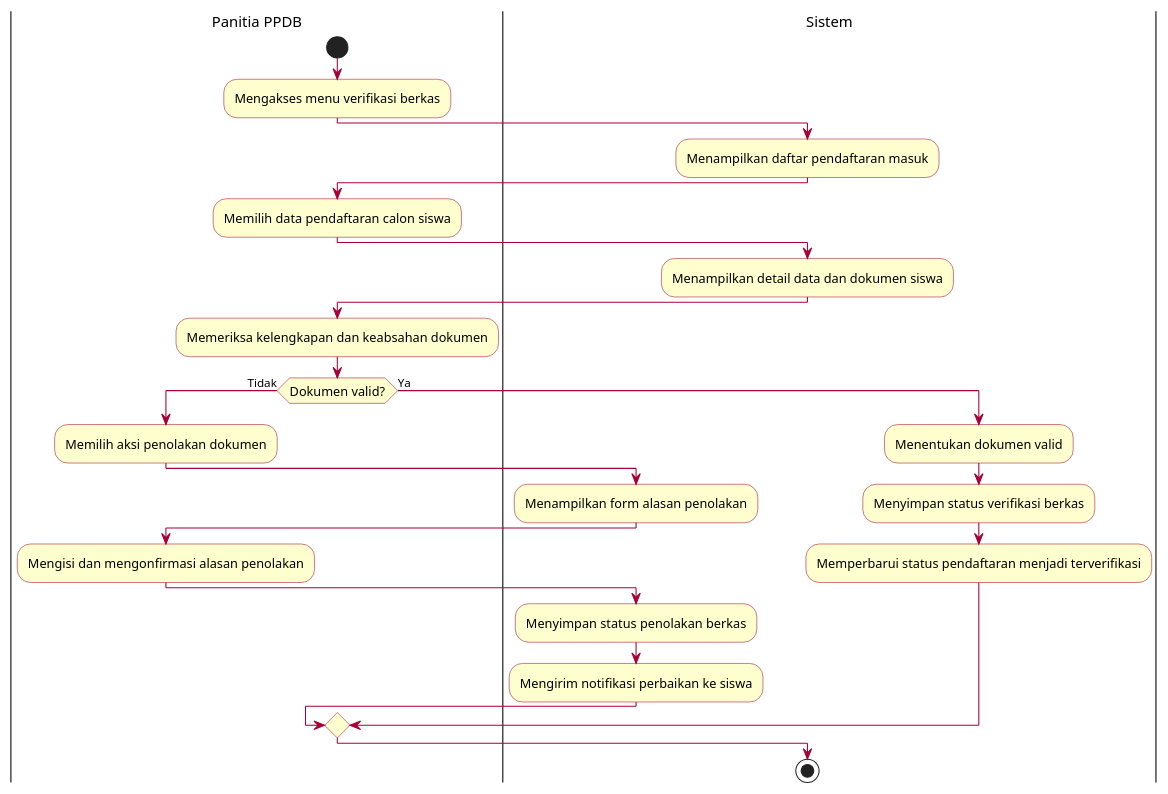
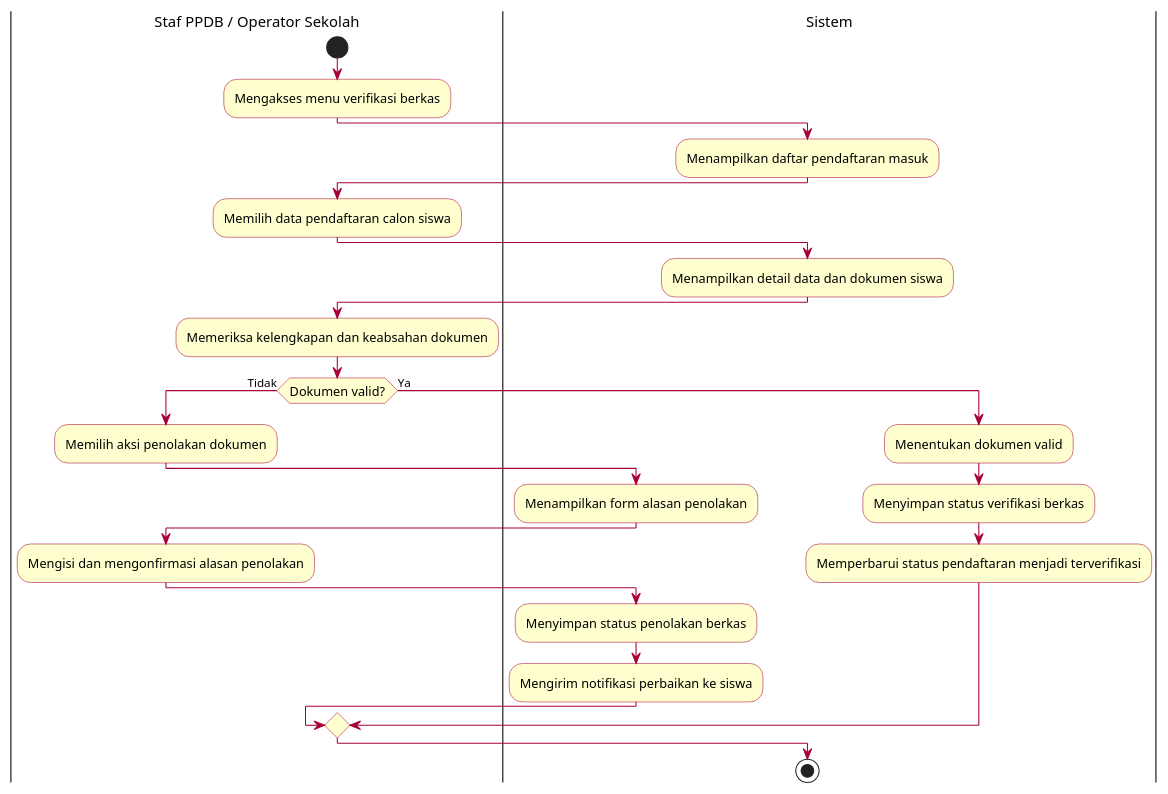
The diagram in docs/activity_diagram/revisi/verifikasi_berkas.puml (unfaejanXT/KP-SIPPDB-SMK), drawn with PlantUML before and after one commit. The commit also changed 44 other files, not shown here.

```diff
--- a/docs/activity_diagram/revisi/verifikasi_berkas.puml
+++ b/docs/activity_diagram/revisi/verifikasi_berkas.puml
@@ -1,47 +1,47 @@
 @startuml
 skinparam SwimlaneTitleFontSize 14
 skinparam SwimlaneBorderThickness 1
 skinparam ActivityBackgroundColor #FEFECE
 skinparam ActivityBorderColor #A80036
 skinparam ActivityFontSize 12
 skinparam ArrowColor #A80036
 skinparam Shadowing false
 
-|Panitia PPDB|
+|Staf PPDB / Operator Sekolah|
 start
 :Mengakses menu verifikasi berkas;
 
 |Sistem|
 :Menampilkan daftar pendaftaran masuk;
 
-|Panitia PPDB|
+|Staf PPDB / Operator Sekolah|
 :Memilih data pendaftaran calon siswa;
 
 |Sistem|
 :Menampilkan detail data dan dokumen siswa;
 
-|Panitia PPDB|
+|Staf PPDB / Operator Sekolah|
 :Memeriksa kelengkapan dan keabsahan dokumen;
 
 if (Dokumen valid?) then (Tidak)
     :Memilih aksi penolakan dokumen;
 
     |Sistem|
     :Menampilkan form alasan penolakan;
 
-    |Panitia PPDB|
+    |Staf PPDB / Operator Sekolah|
     :Mengisi dan mengonfirmasi alasan penolakan;
 
     |Sistem|
     :Menyimpan status penolakan berkas;
     :Mengirim notifikasi perbaikan ke siswa;
 else (Ya)
     :Menentukan dokumen valid;
 
     |Sistem|
     :Menyimpan status verifikasi berkas;
     :Memperbarui status pendaftaran menjadi terverifikasi;
 endif
 
 stop
 @enduml
```
